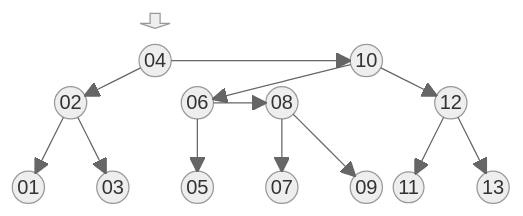
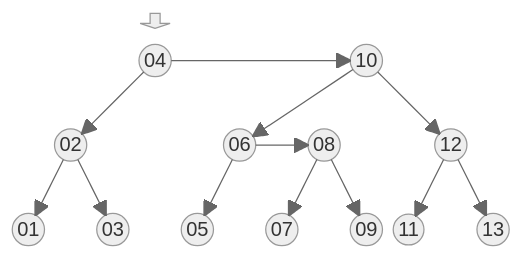
Before and after one commit to BenhurUFSM/l226b: diagram 12 of 12 in Assuntos/arvore-aa.md, drawn with Mermaid (neutral theme).

````diff
--- a/Assuntos/arvore-aa.md
+++ b/Assuntos/arvore-aa.md
@@ -355,21 +355,22 @@
 ```mermaid
 block
 columns 12
 space:3 f<[" "]>(down) space:8
 space:3 r(("04")) space:4 d(("10")) space:3
-space e(("02")) space:2 de(("06")) space ded(("08")) space:3 dd(("12")) space
+space:12
+space e(("02")) space:3 de(("06")) space ded(("08")) space:2 dd(("12")) space
 space:12
 ee(("01")) space ed(("03")) space dee(("05")) space dede(("07")) space dedd(("09")) dde(("11")) space ddd(("13"))
 r-->e
 r-->d
 e-->ee
 e-->ed
 d-->de
 d-->dd
 de-->dee
 de-->ded
 ded-->dede
 ded-->dedd
 dd-->dde
 dd-->ddd
 ```
````
